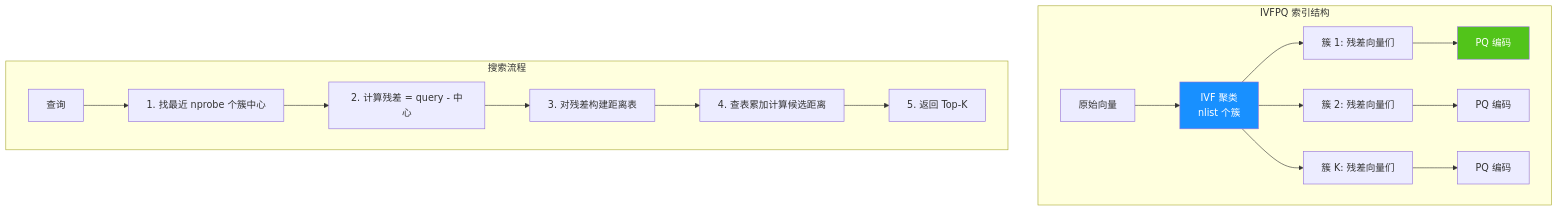
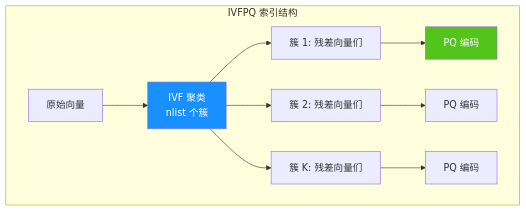
Diagram 22 of 42 in docs/research/003-vector-search-algorithm.md (ThreeFish-AI/agentic-ai-cognizes), drawn with Mermaid before and after one commit. The commit also changed other lines of this file, not shown here.

First line of the commit message:
docs(Research): 优化文档图表样式与可读性;

````diff
--- a/docs/research/003-vector-search-algorithm.md
+++ b/docs/research/003-vector-search-algorithm.md
@@ -1112,24 +1112,16 @@
 ```mermaid
 graph TB
     subgraph "IVFPQ 索引结构"
         V[原始向量] --> IVF[IVF 聚类<br/>nlist 个簇]
         IVF --> R1[簇 1: 残差向量们]
         IVF --> R2[簇 2: 残差向量们]
         IVF --> RK[簇 K: 残差向量们]
 
         R1 --> PQ1[PQ 编码]
         R2 --> PQ2[PQ 编码]
         RK --> PQK[PQ 编码]
     end
 
-    subgraph "搜索流程"
-        Q[查询] --> S1[1. 找最近 nprobe 个簇中心]
-        S1 --> S2[2. 计算残差 = query - 中心]
-        S2 --> S3[3. 对残差构建距离表]
-        S3 --> S4[4. 查表累加计算候选距离]
-        S4 --> S5[5. 返回 Top-K]
-    end
-
     style IVF fill:#1890ff,color:#fff
     style PQ1 fill:#52c41a,color:#fff
 ```
````
